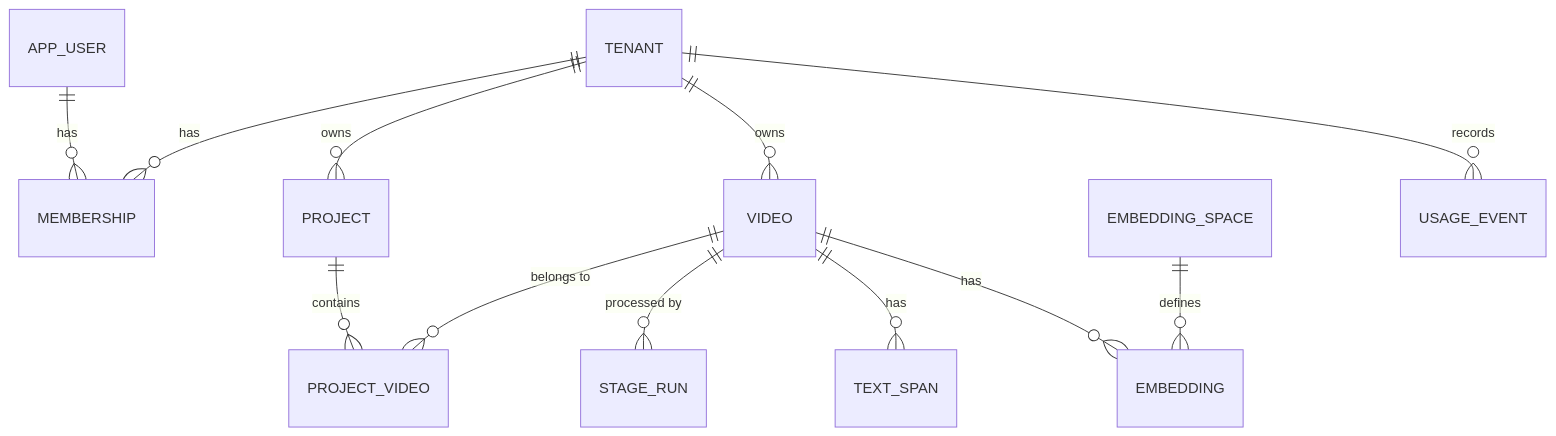
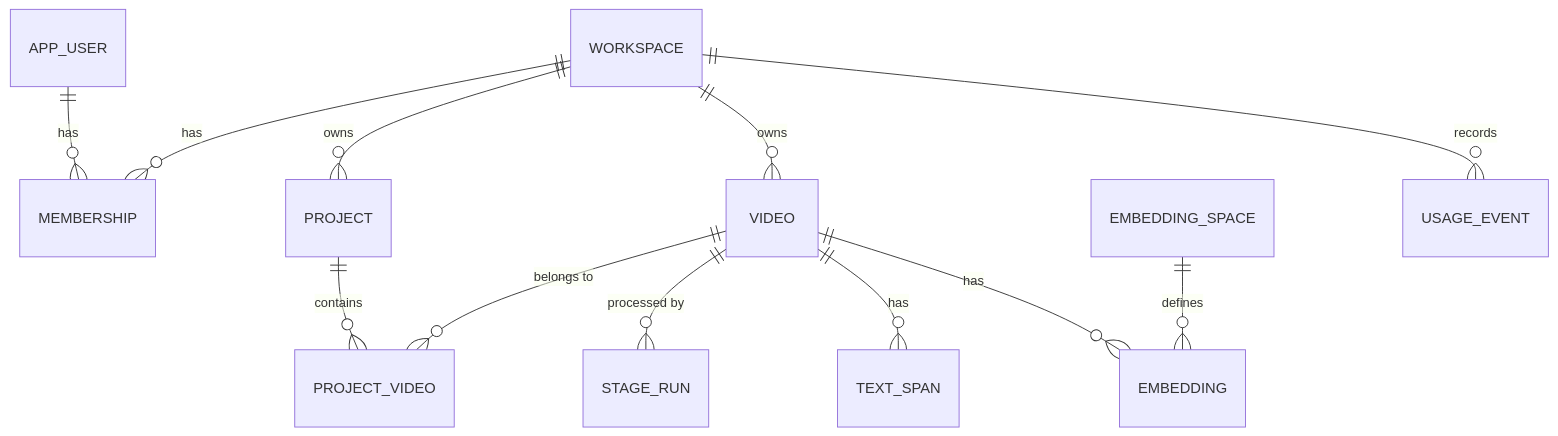
Before and after one commit to realOzine/videohelper: diagram 15 of 17 in docs/design.md, drawn with Mermaid. The commit also changed other lines of this file and 5 other files, not shown here.

````diff
--- a/docs/design.md
+++ b/docs/design.md
@@ -620,14 +621,14 @@
 ```mermaid
 erDiagram
-  TENANT ||--o{ MEMBERSHIP : has
+  WORKSPACE ||--o{ MEMBERSHIP : has
   APP_USER ||--o{ MEMBERSHIP : has
-  TENANT ||--o{ PROJECT : owns
-  TENANT ||--o{ VIDEO : owns
+  WORKSPACE ||--o{ PROJECT : owns
+  WORKSPACE ||--o{ VIDEO : owns
   PROJECT ||--o{ PROJECT_VIDEO : contains
   VIDEO ||--o{ PROJECT_VIDEO : "belongs to"
   VIDEO ||--o{ STAGE_RUN : "processed by"
   VIDEO ||--o{ TEXT_SPAN : has
   VIDEO ||--o{ EMBEDDING : has
   EMBEDDING_SPACE ||--o{ EMBEDDING : defines
-  TENANT ||--o{ USAGE_EVENT : records
+  WORKSPACE ||--o{ USAGE_EVENT : records
 ```
````
